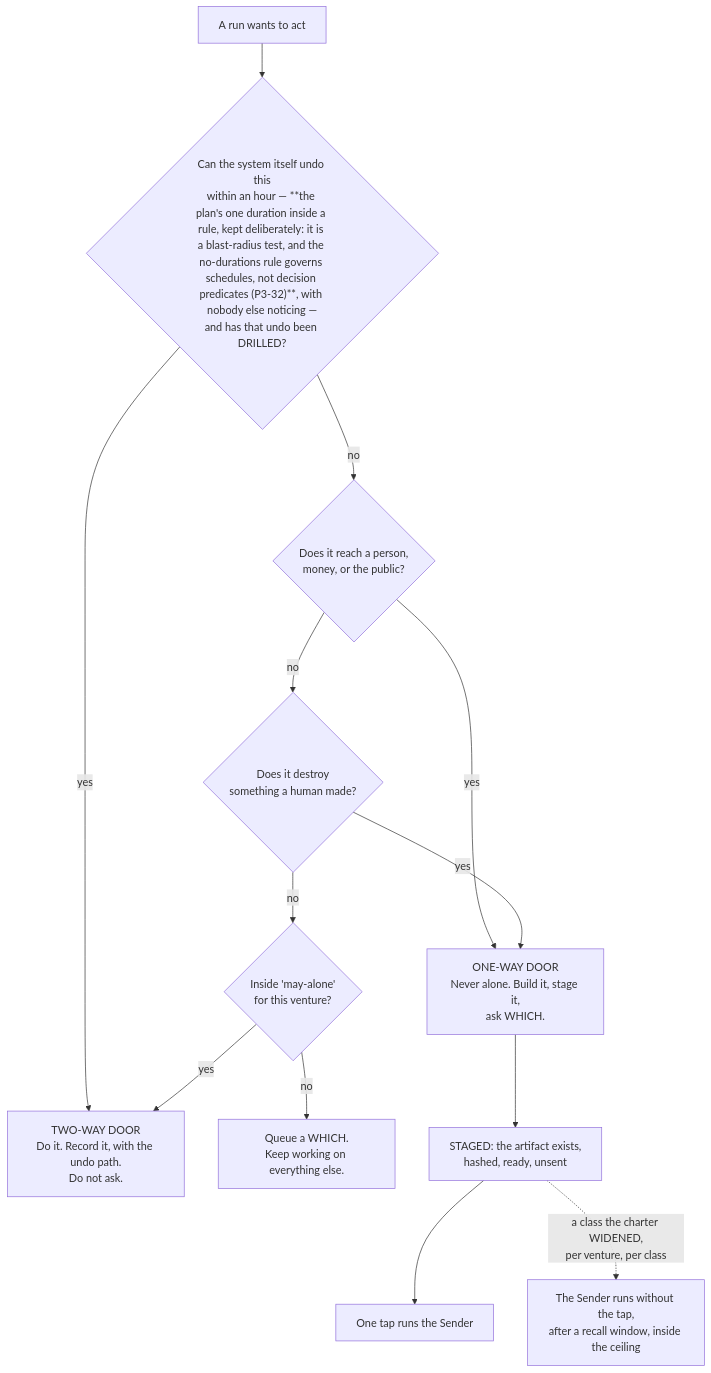
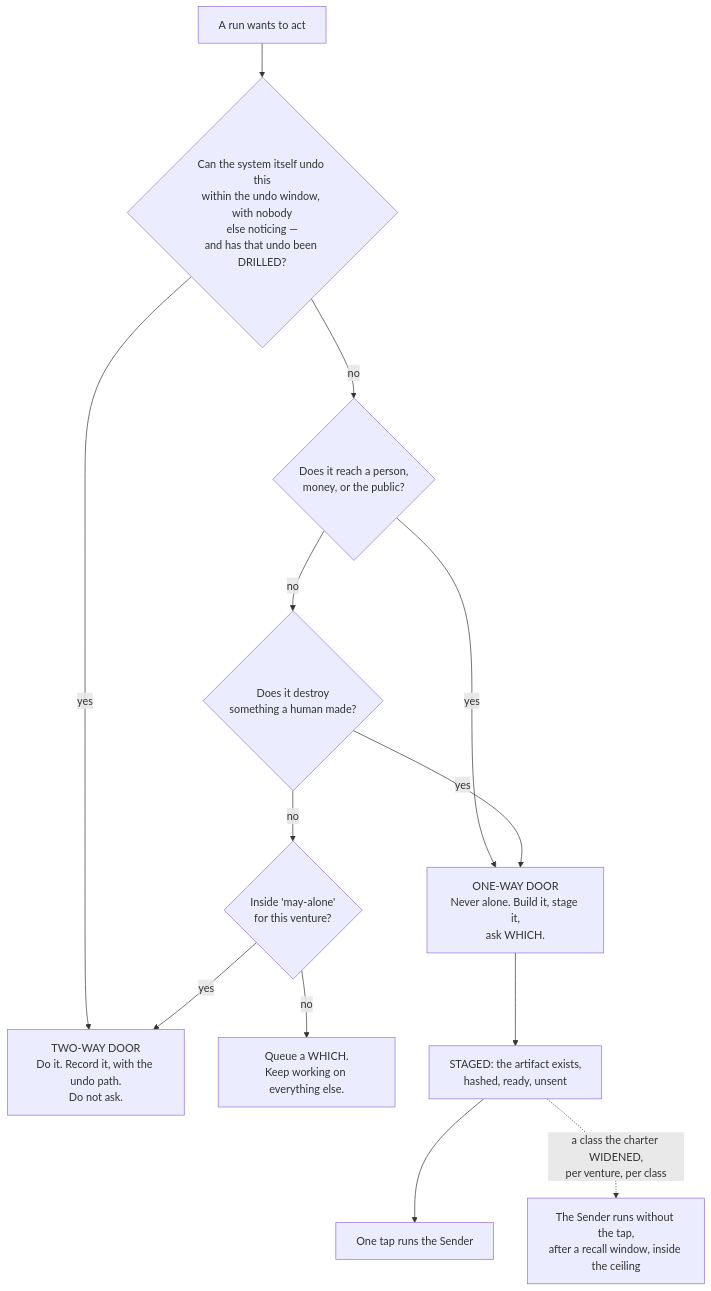
One commit to Adam077K/agentvibe changed the first of 4 diagrams in docs/03-system-design/final-v2/parts/12-control.md. Above: the diagram before and after it, drawn with Mermaid. The commit also changed other lines of this file and 8 other files, not shown here.

````diff
--- a/docs/03-system-design/final-v2/parts/12-control.md
+++ b/docs/03-system-design/final-v2/parts/12-control.md
@@ -65,15 +70,15 @@
 ```mermaid
 flowchart TD
-    ACT["A run wants to act"] --> Q1{"Can the system itself undo this<br/>within an hour — **the plan's one duration inside a rule, kept deliberately: it is a blast-radius test, and the no-durations rule governs schedules, not decision predicates (P3-32)**, with nobody else noticing —<br/>and has that undo been DRILLED?"}
+    ACT["A run wants to act"] --> Q1{"Can the system itself undo this<br/>within the undo window, with nobody<br/>else noticing —<br/>and has that undo been DRILLED?"}
     Q1 -->|"yes"| TWO["TWO-WAY DOOR<br/>Do it. Record it, with the undo path.<br/>Do not ask."]
     Q1 -->|"no"| Q2{"Does it reach a person,<br/>money, or the public?"}
     Q2 -->|"yes"| ONE["ONE-WAY DOOR<br/>Never alone. Build it, stage it,<br/>ask WHICH."]
     Q2 -->|"no"| Q3{"Does it destroy<br/>something a human made?"}
     Q3 -->|"yes"| ONE
     Q3 -->|"no"| Q4{"Inside 'may-alone'<br/>for this venture?"}
     Q4 -->|"yes"| TWO
     Q4 -->|"no"| QUEUE["Queue a WHICH.<br/>Keep working on everything else."]
     ONE --> STAGE["STAGED: the artifact exists,<br/>hashed, ready, unsent"]
     STAGE --> TAP["One tap runs the Sender"]
     STAGE -.->|"a class the charter WIDENED,<br/>per venture, per class"| WIDE["The Sender runs without the tap,<br/>after a recall window, inside the ceiling"]
 ```
````
